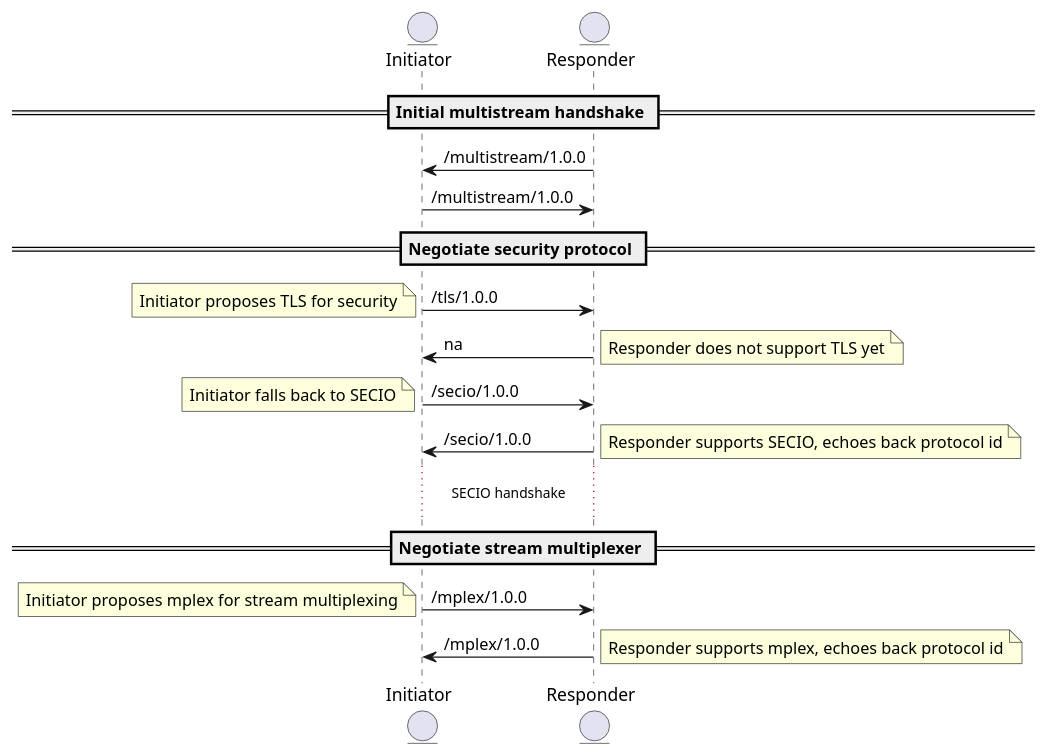
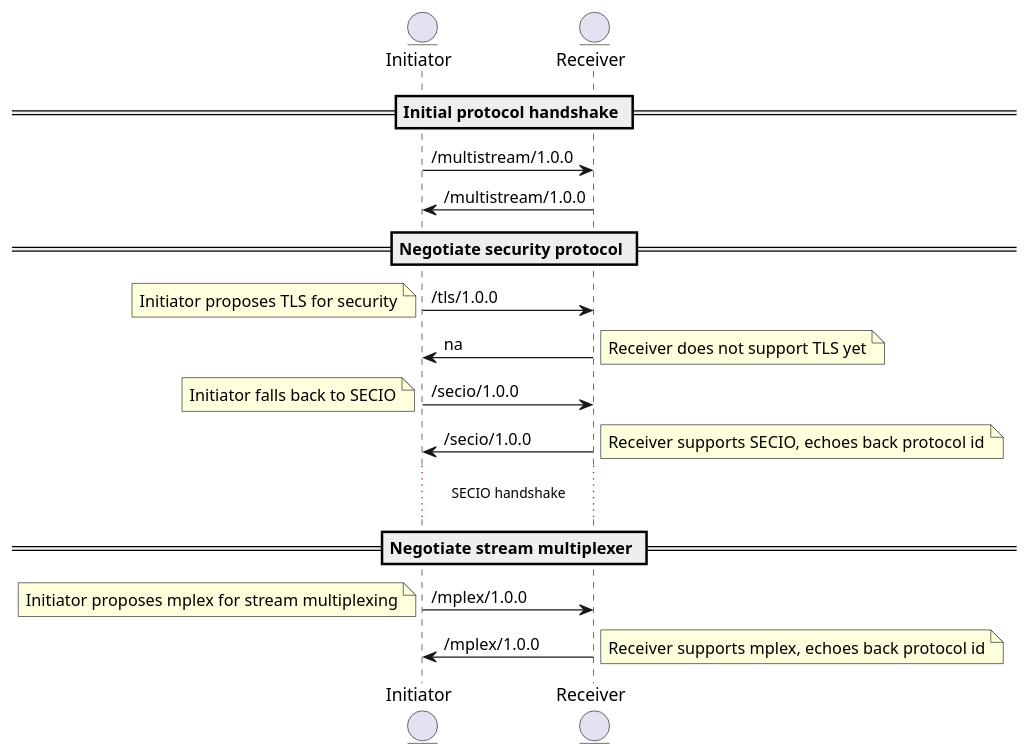
Before and after one commit to libp2p/specs: the diagram in connections/conn-upgrade.plantuml, drawn with PlantUML. The commit also changed 4 other files, not shown here.

```diff
--- a/connections/conn-upgrade.plantuml
+++ b/connections/conn-upgrade.plantuml
@@ -1,36 +1,35 @@
 @startuml
 
 entity Initiator
-entity Responder
+entity Receiver
 
-== Initial multistream handshake ==
+== Initial protocol handshake ==
 
-Responder -> Initiator: /multistream/1.0.0
-Initiator -> Responder: /multistream/1.0.0
+Initiator -> Receiver: /multistream/1.0.0
+Receiver -> Initiator: /multistream/1.0.0
 
 == Negotiate security protocol ==
 
-Initiator -> Responder: /tls/1.0.0
+Initiator -> Receiver: /tls/1.0.0
 note left: Initiator proposes TLS for security
 
-Responder -> Initiator: na
-note right: Responder does not support TLS yet
+Receiver -> Initiator: na
+note right: Receiver does not support TLS yet
 
-Initiator -> Responder: /secio/1.0.0
+Initiator -> Receiver: /secio/1.0.0
 note left: Initiator falls back to SECIO
 
-Responder -> Initiator: /secio/1.0.0
-note right: Responder supports SECIO, echoes back protocol id
+Receiver -> Initiator: /secio/1.0.0
+note right: Receiver supports SECIO, echoes back protocol id
 
 ... SECIO handshake ...
 
 == Negotiate stream multiplexer ==
 
-Initiator -> Responder: /mplex/1.0.0
+Initiator -> Receiver: /mplex/1.0.0
 note left: Initiator proposes mplex for stream multiplexing
 
-Responder -> Initiator: /mplex/1.0.0
-note right: Responder supports mplex, echoes back protocol id
-
+Receiver -> Initiator: /mplex/1.0.0
+note right: Receiver supports mplex, echoes back protocol id
 
 @enduml
```
